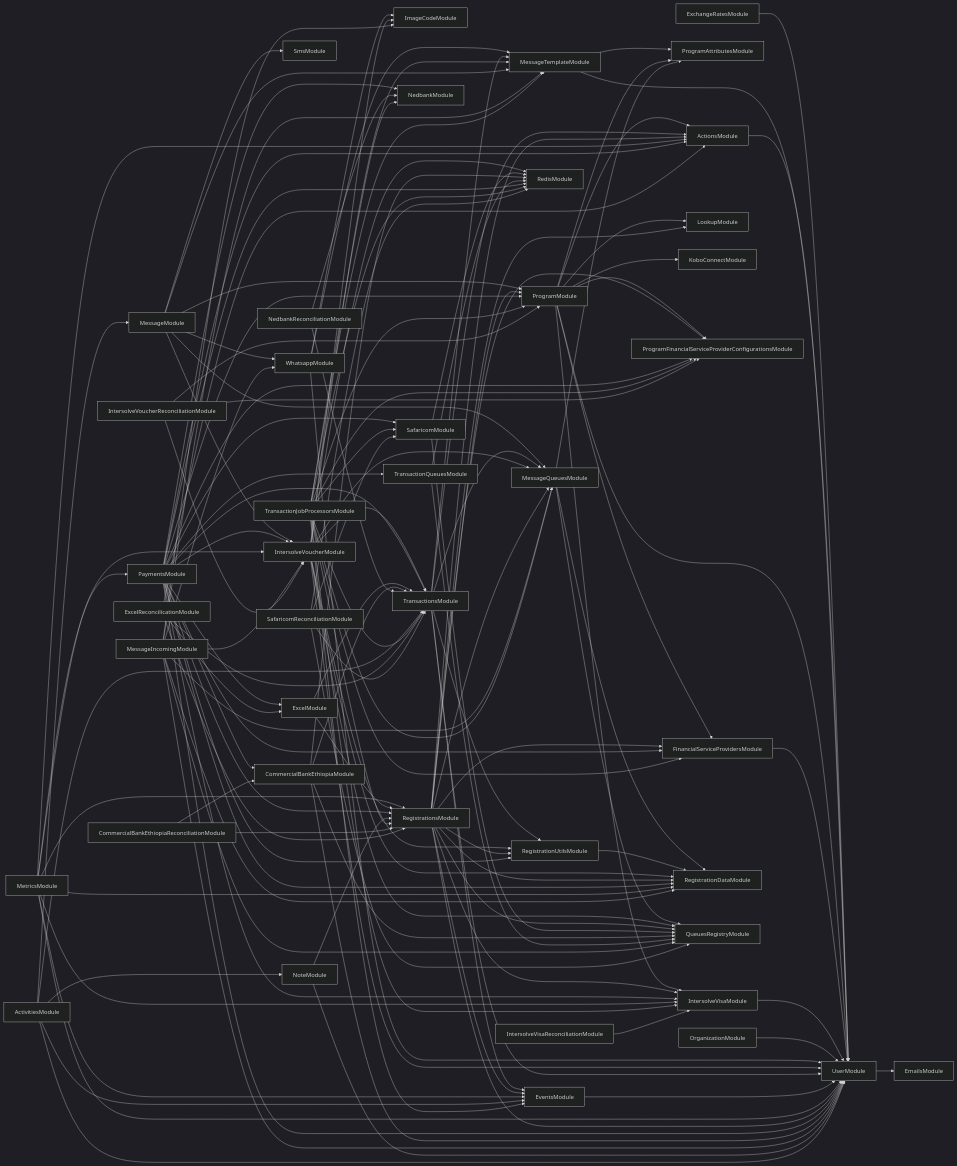
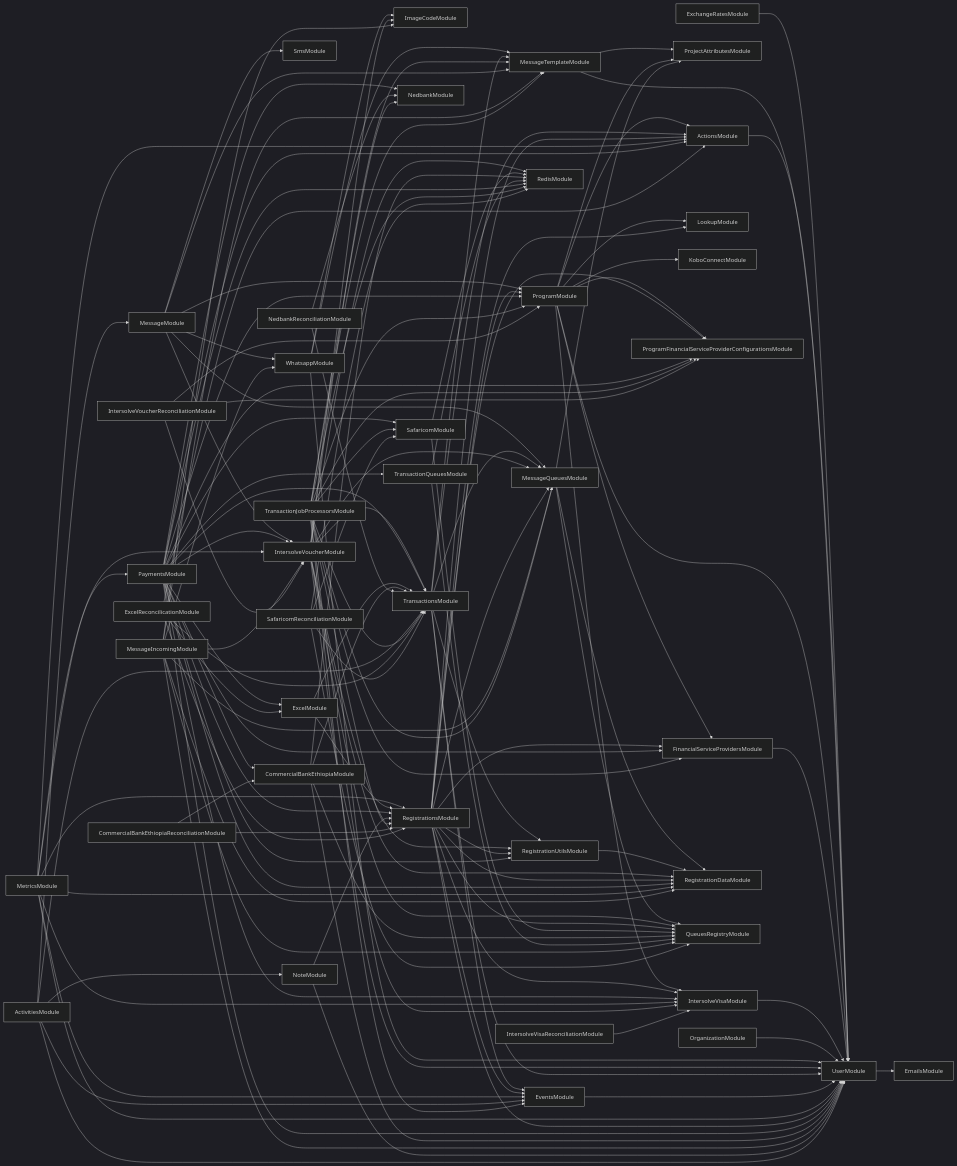
The diagram in services/121-service/module-dependencies.md (global-121/121-platform), drawn with Mermaid (dark theme) before and after one commit. The commit also changed 91 other files, not shown here.

Commit message:
Rename project and project-attributes folders and classes

```diff
--- a/services/121-service/module-dependencies.md
+++ b/services/121-service/module-dependencies.md
@@ -5,14 +5,14 @@
   ExchangeRatesModule-->UserModule
   UserModule-->EmailsModule
   MessageTemplateModule-->UserModule
-  MessageTemplateModule-->ProgramAttributesModule
+  MessageTemplateModule-->ProjectAttributesModule
   ProgramModule-->ActionsModule
   ActionsModule-->UserModule
   ProgramModule-->UserModule
   ProgramModule-->FinancialServiceProvidersModule
   FinancialServiceProvidersModule-->UserModule
   ProgramModule-->LookupModule
-  ProgramModule-->ProgramAttributesModule
+  ProgramModule-->ProjectAttributesModule
   ProgramModule-->KoboConnectModule
   ProgramModule-->ProgramFinancialServiceProviderConfigurationsModule
   ProgramModule-->IntersolveVisaModule
@@ -24,7 +24,7 @@
   WhatsappModule-->MessageTemplateModule
   MessageModule-->SmsModule
   MessageModule-->MessageQueuesModule
-  MessageQueuesModule-->ProgramAttributesModule
+  MessageQueuesModule-->ProjectAttributesModule
   MessageQueuesModule-->RegistrationDataModule
   MessageQueuesModule-->QueuesRegistryModule
   MessageModule-->IntersolveVoucherModule
```
